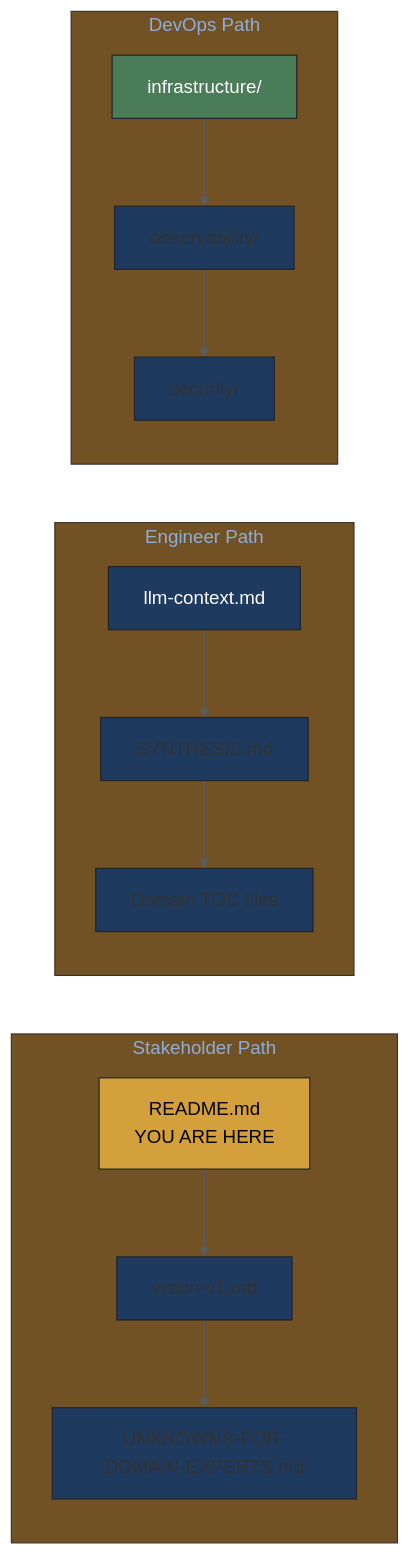
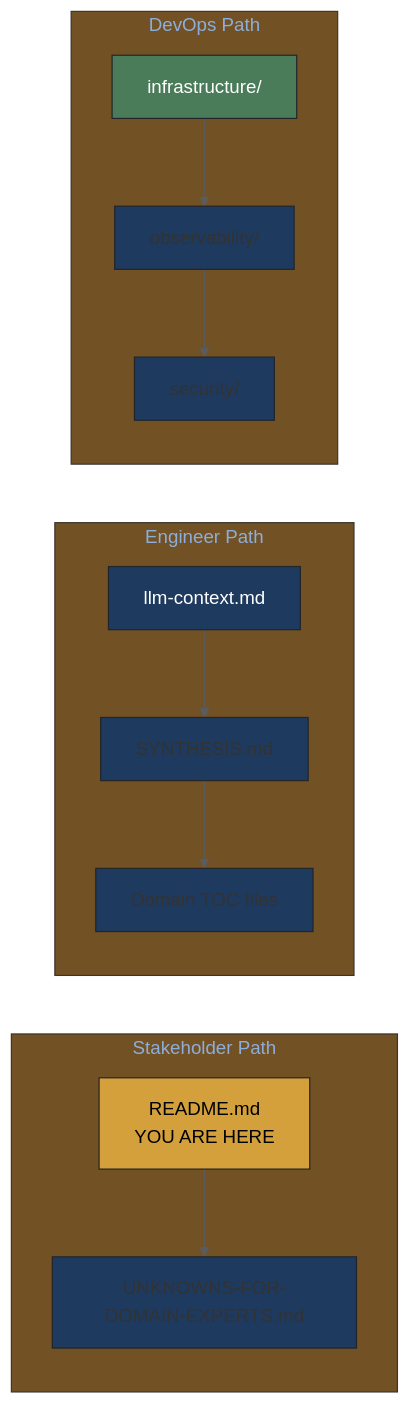
Before and after one commit to petteriTeikari/music-attribution-scaffold: the fourth of 8 diagrams in docs/prd/README.md, drawn with Mermaid. The commit also changed other lines of this file and 662 other files, not shown here.

First line of the commit message:
docs: comprehensive repository documentation — MkDocs site, 116+ figure plans, 199 assets, PRD v3.0.0 (#71)

````diff
--- a/docs/prd/README.md
+++ b/docs/prd/README.md
@@ -236,22 +230,21 @@
 ```mermaid
 %%{init: {'theme': 'base', 'themeVariables': {'background': '#fcfaf5', 'primaryColor': '#1E3A5F', 'lineColor': '#5C5C5C'}}}%%
 flowchart LR
     subgraph stakeholder[" Stakeholder Path "]
-        S1[README.md<br/>YOU ARE HERE] --> S2[vision-v1.md]
-        S2 --> S3[UNKNOWNS-FOR-DOMAIN-EXPERTS.md]
+        S1[README.md<br/>YOU ARE HERE] --> S3[UNKNOWNS-FOR-DOMAIN-EXPERTS.md]
     end
 
     subgraph engineer[" Engineer Path "]
         E1[llm-context.md] --> E2[SYNTHESIS.md]
         E2 --> E3[Domain TOC files]
     end
 
     subgraph devops[" DevOps Path "]
         D1[infrastructure/] --> D2[observability/]
         D2 --> D3[security/]
     end
 
     style S1 fill:#D4A03C,color:#000
     style E1 fill:#1E3A5F,color:#fff
     style D1 fill:#4A7C59,color:#fff
 ```
````
